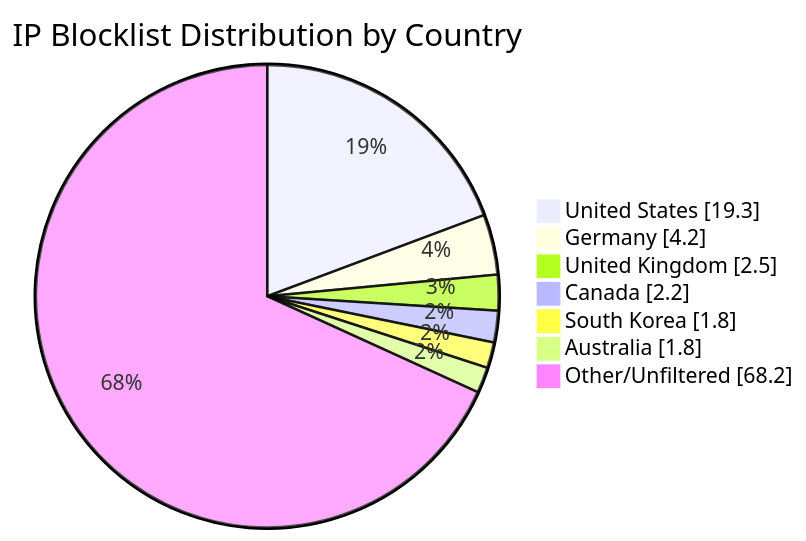
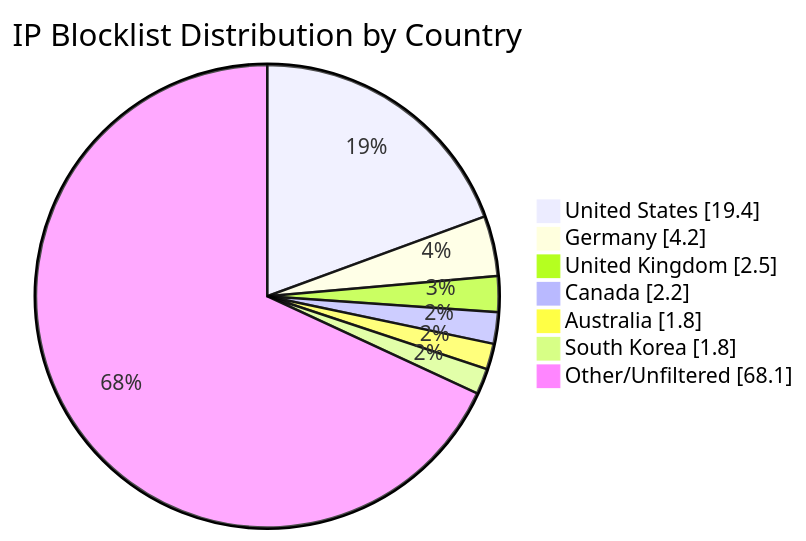
Before and after one commit to MarcusHoltz/ipblocklist-geofiltered-aggregator: the diagram in README.md, drawn with Mermaid. The commit also changed other lines of this file and 9 other files, not shown here.

````diff
--- a/README.md
+++ b/README.md
@@ -34,10 +34,10 @@
 ```mermaid
 pie showData title IP Blocklist Distribution by Country
-"United States" : 19.3
+"United States" : 19.4
 "Germany" : 4.2
 "United Kingdom" : 2.5
 "Canada" : 2.2
+"Australia" : 1.8
 "South Korea" : 1.8
-"Australia" : 1.8
-"Other/Unfiltered" : 68.2
+"Other/Unfiltered" : 68.1
 ```
````
